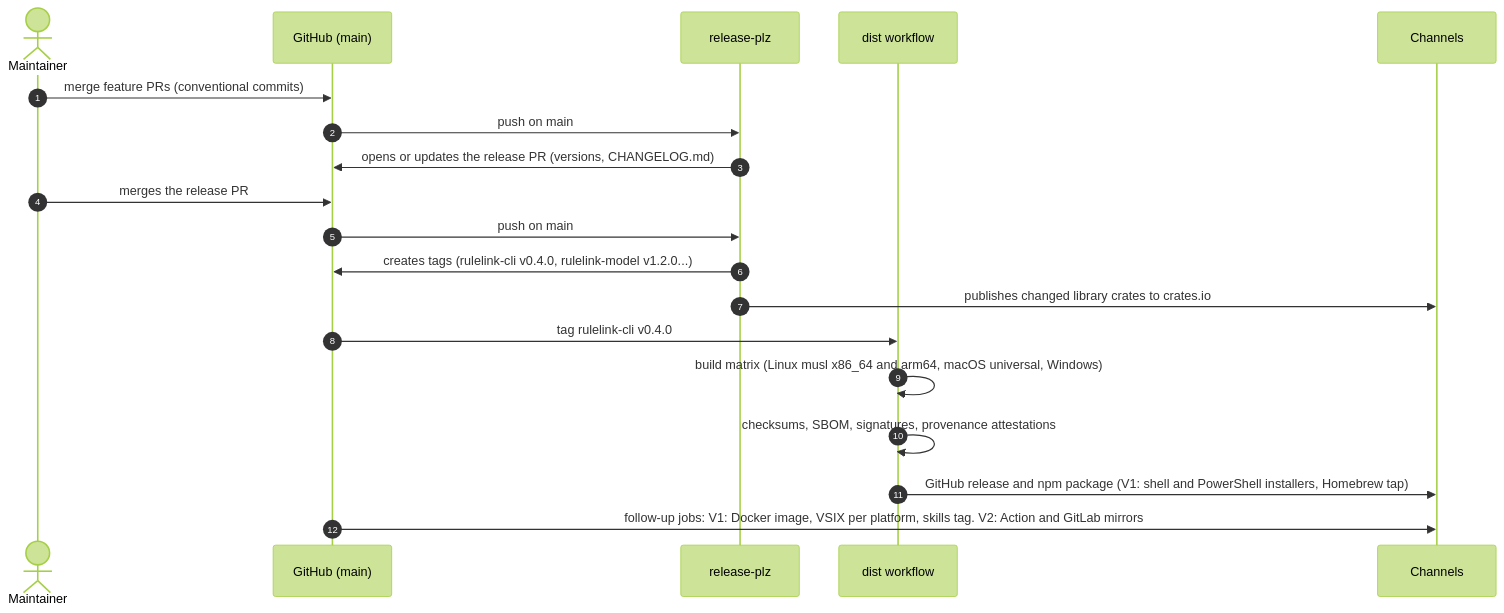
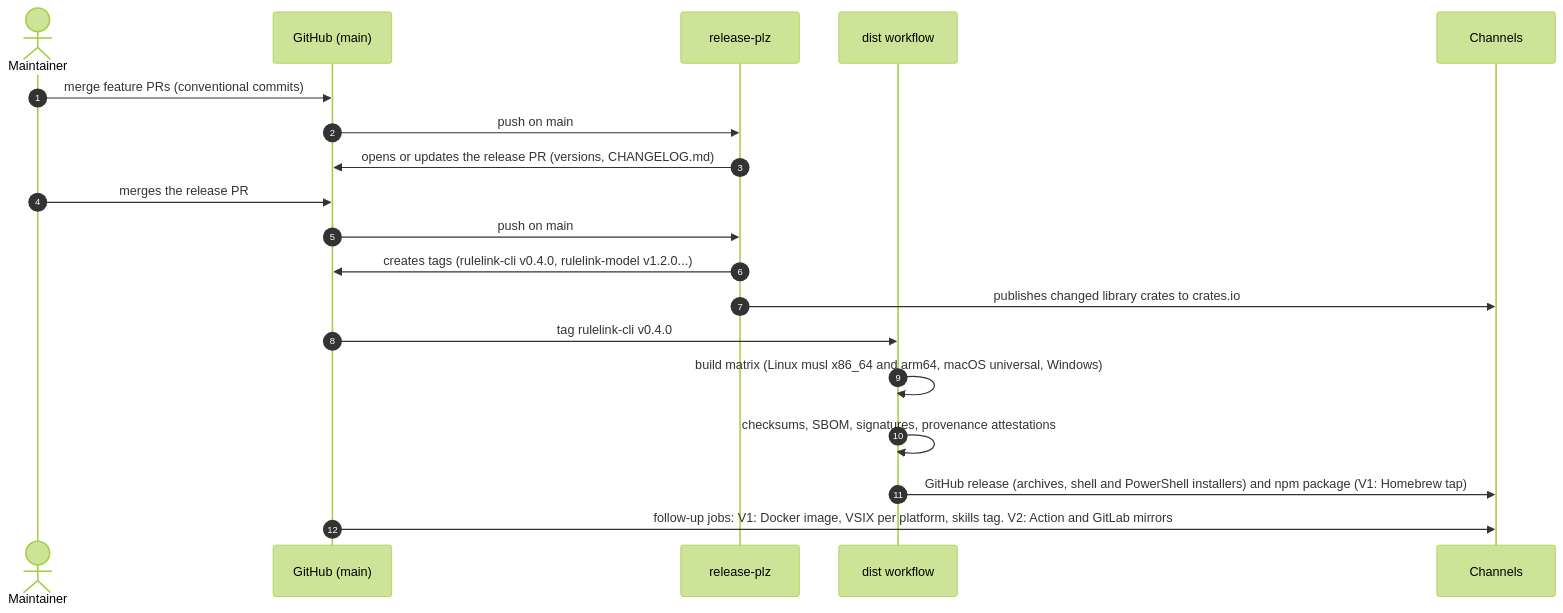
The first of 2 diagrams in docs/repository/02-release-lifecycle.md (E-Jacques/Rulelink), drawn with Mermaid (forest theme) before and after one commit. The commit also changed other lines of this file and 132 other files, not shown here.

````diff
--- a/docs/repository/02-release-lifecycle.md
+++ b/docs/repository/02-release-lifecycle.md
@@ -70,22 +71,22 @@
 ```mermaid
 sequenceDiagram
     autonumber
     actor Dev as Maintainer
     participant GH as GitHub (main)
     participant RP as release-plz
     participant DIST as dist workflow
     participant CH as Channels
 
     Dev->>GH: merge feature PRs (conventional commits)
     GH->>RP: push on main
     RP->>GH: opens or updates the release PR (versions, CHANGELOG.md)
     Dev->>GH: merges the release PR
     GH->>RP: push on main
     RP->>GH: creates tags (rulelink-cli v0.4.0, rulelink-model v1.2.0...)
     RP->>CH: publishes changed library crates to crates.io
     GH->>DIST: tag rulelink-cli v0.4.0
     DIST->>DIST: build matrix (Linux musl x86_64 and arm64, macOS universal, Windows)
     DIST->>DIST: checksums, SBOM, signatures, provenance attestations
-    DIST->>CH: GitHub release and npm package (V1: shell and PowerShell installers, Homebrew tap)
+    DIST->>CH: GitHub release (archives, shell and PowerShell installers) and npm package (V1: Homebrew tap)
     GH->>CH: follow-up jobs: V1: Docker image, VSIX per platform, skills tag. V2: Action and GitLab mirrors
 ```
````
